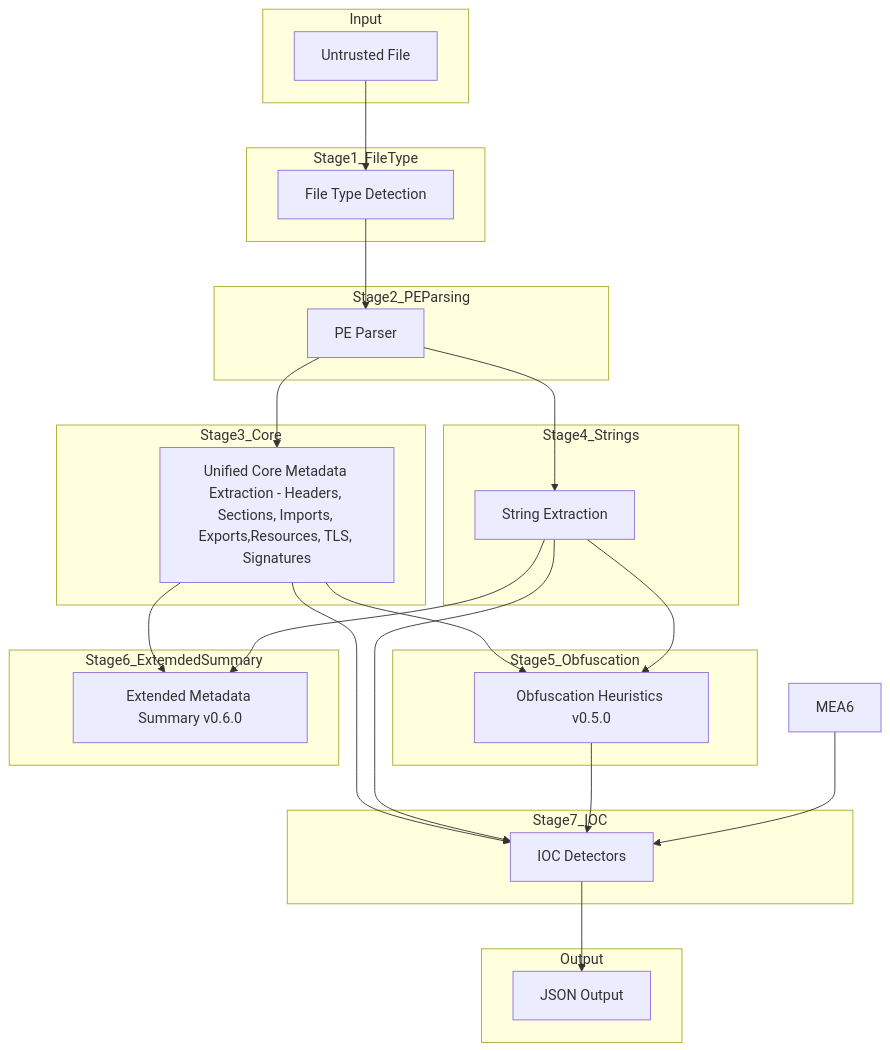
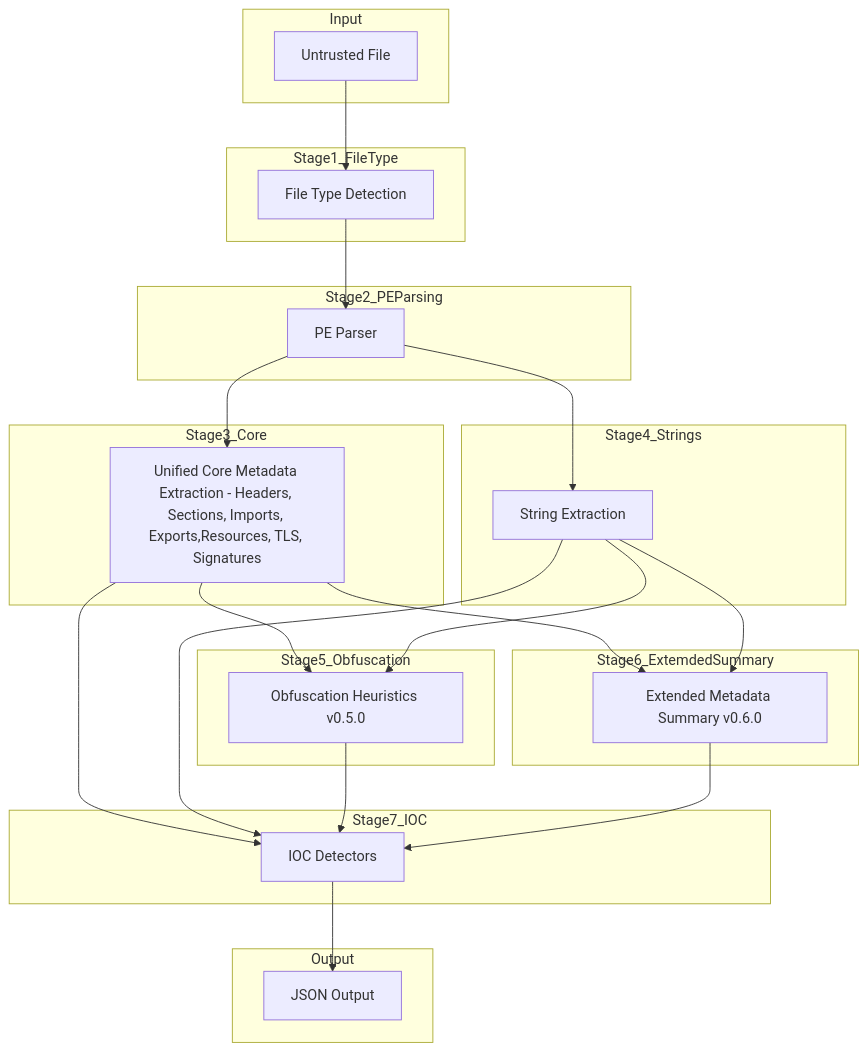
The diagram in docs/pe-pipeline.md (iocx-dev/iocx), drawn with Mermaid before and after one commit.

````diff
--- a/docs/pe-pipeline.md
+++ b/docs/pe-pipeline.md
@@ -33,58 +33,58 @@
 ```mermaid
 flowchart TD
 
     subgraph Input
         F[Untrusted File]
     end
 
     subgraph Stage1_FileType
         MAGIC[File Type Detection]
     end
 
     subgraph Stage2_PEParsing
         PE[PE Parser]
     end
 
     subgraph Stage3_Core
         CORE[Unified Core Metadata Extraction - Headers, Sections, Imports, Exports,Resources, TLS, Signatures]
     end
 
     subgraph Stage4_Strings
         STR[String Extraction]
     end
 
     subgraph Stage5_Obfuscation
         OBF[Obfuscation Heuristics v0.5.0]
     end
 
     subgraph Stage6_ExtemdedSummary
         META6[Extended Metadata Summary v0.6.0]
     end
 
     subgraph Stage7_IOC
         DET[IOC Detectors]
     end
 
     subgraph Output
         OUT[JSON Output]
     end
 
     F --> MAGIC
     MAGIC --> PE
 
     PE --> CORE
     PE --> STR
 
     CORE --> OBF
     STR --> OBF
 
     CORE --> DET
     STR --> DET
     OBF --> DET
 
     CORE--> META6
     STR --> META6
-    MEA6 --> DET
+    META6 --> DET
 
     DET --> OUT
 ```
````
